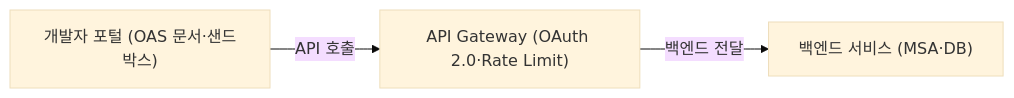
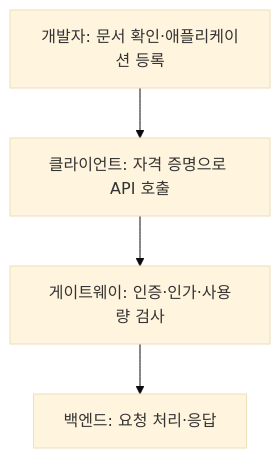
Before and after one commit to agnusdei1207/study: the second of 2 diagrams in src/content/docs/notes/itpe/02-software-engineering/022_open_api.md, drawn with Mermaid (base theme). The commit also changed other lines of this file, not shown here.

Commit message:
Correct Open API call flow and access control answer

````diff
--- a/src/content/docs/notes/itpe/02-software-engineering/022_open_api.md
+++ b/src/content/docs/notes/itpe/02-software-engineering/022_open_api.md
@@ -85,5 +90,6 @@
 ```mermaid
-flowchart LR
-    P["개발자 포털 (OAS 문서·샌드박스)"] -->|"API 호출"| G["API Gateway (OAuth 2.0·Rate Limit)"]
-    G -->|"백엔드 전달"| B["백엔드 서비스 (MSA·DB)"]
+flowchart TD
+    P["개발자: 문서 확인·애플리케이션 등록"] --> C["클라이언트: 자격 증명으로 API 호출"]
+    C --> G["게이트웨이: 인증·인가·사용량 검사"]
+    G --> B["백엔드: 요청 처리·응답"]
 ```
````
